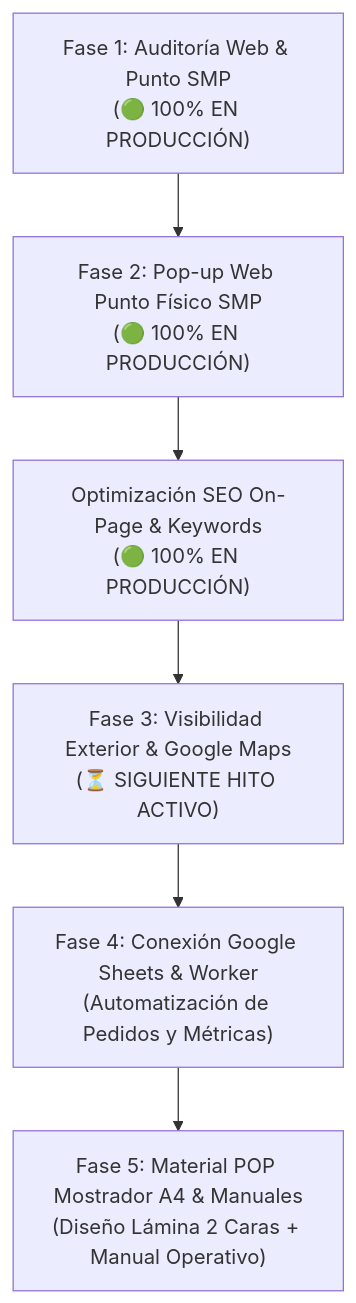
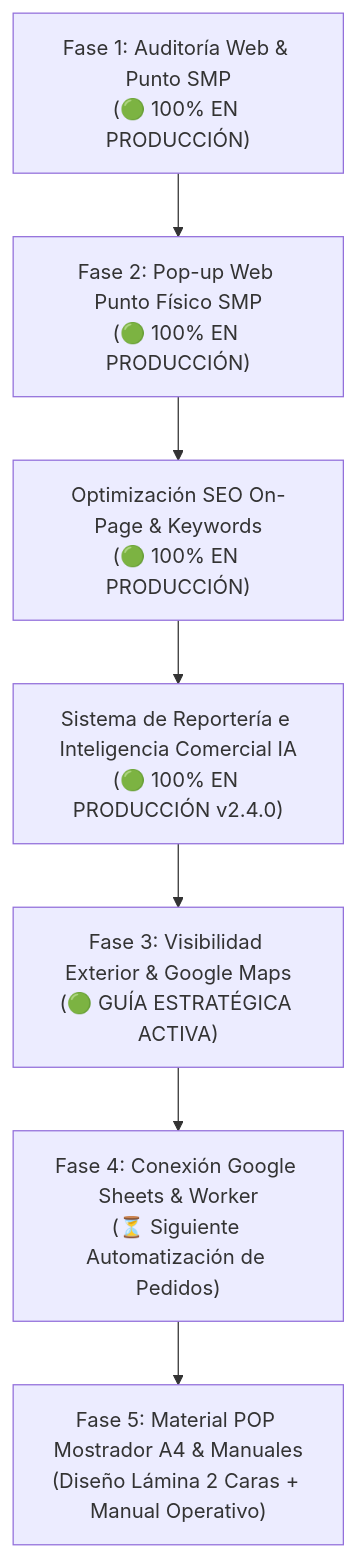
The diagram in docs/5_REPORTE_AUDITORIA_2026-11-06.md (dolce7aroma/dolce7aroma.github.io), drawn with Mermaid before and after one commit. The commit also changed other lines of this file, not shown here.

Commit message:
docs: completar Fase 3 - Visibilidad Local, Ficha Google Maps y Especificaciones del Letrero Exterior

````diff
--- a/docs/5_REPORTE_AUDITORIA_2026-11-06.md
+++ b/docs/5_REPORTE_AUDITORIA_2026-11-06.md
@@ -23,8 +22,9 @@
 ```mermaid
 flowchart TD
     Fase1["Fase 1: Auditoría Web & Punto SMP<br/>(🟢 100% EN PRODUCCIÓN)"] --> Fase2["Fase 2: Pop-up Web Punto Físico SMP<br/>(🟢 100% EN PRODUCCIÓN)"]
     Fase2 --> SEO["Optimización SEO On-Page & Keywords<br/>(🟢 100% EN PRODUCCIÓN)"]
-    SEO --> Fase3["Fase 3: Visibilidad Exterior & Google Maps<br/>(⏳ SIGUIENTE HITO ACTIVO)"]
-    Fase3 --> Fase4["Fase 4: Conexión Google Sheets & Worker<br/>(Automatización de Pedidos y Métricas)"]
+    SEO --> Reporteria["Sistema de Reportería e Inteligencia Comercial IA<br/>(🟢 100% EN PRODUCCIÓN v2.4.0)"]
+    Reporteria --> Fase3["Fase 3: Visibilidad Exterior & Google Maps<br/>(🟢 GUÍA ESTRATÉGICA ACTIVA)"]
+    Fase3 --> Fase4["Fase 4: Conexión Google Sheets & Worker<br/>(⏳ Siguiente Automatización de Pedidos)"]
     Fase4 --> Fase5["Fase 5: Material POP Mostrador A4 & Manuales<br/>(Diseño Lámina 2 Caras + Manual Operativo)"]
 ```
````
